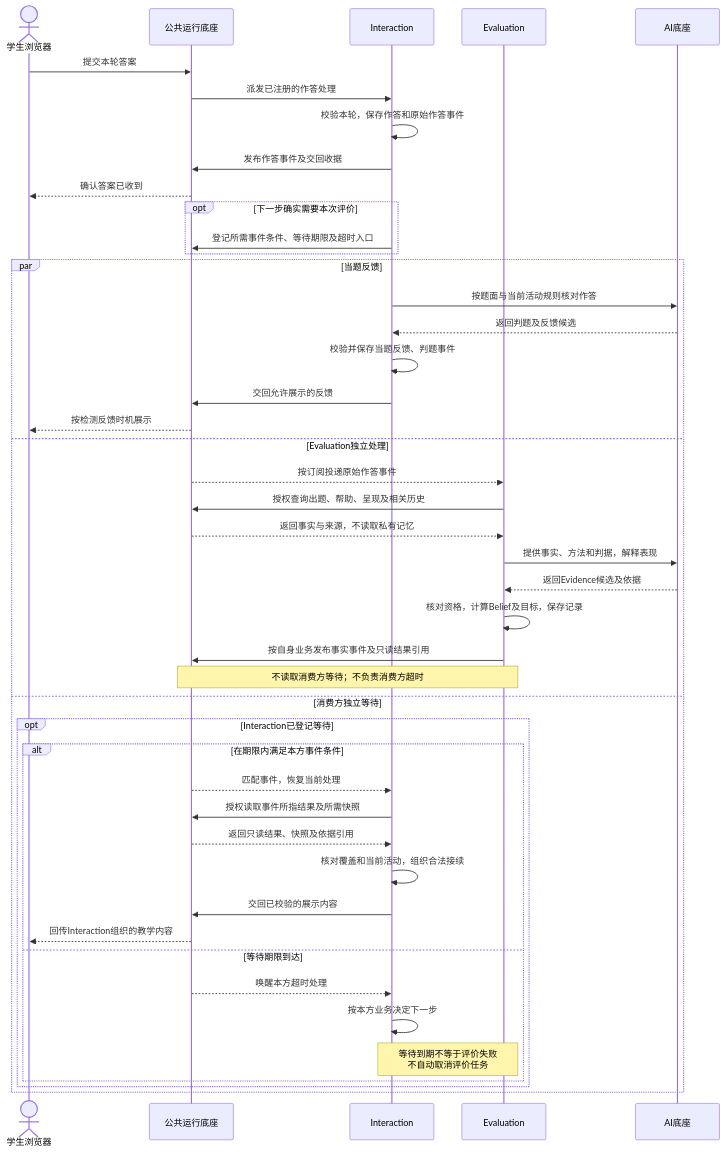
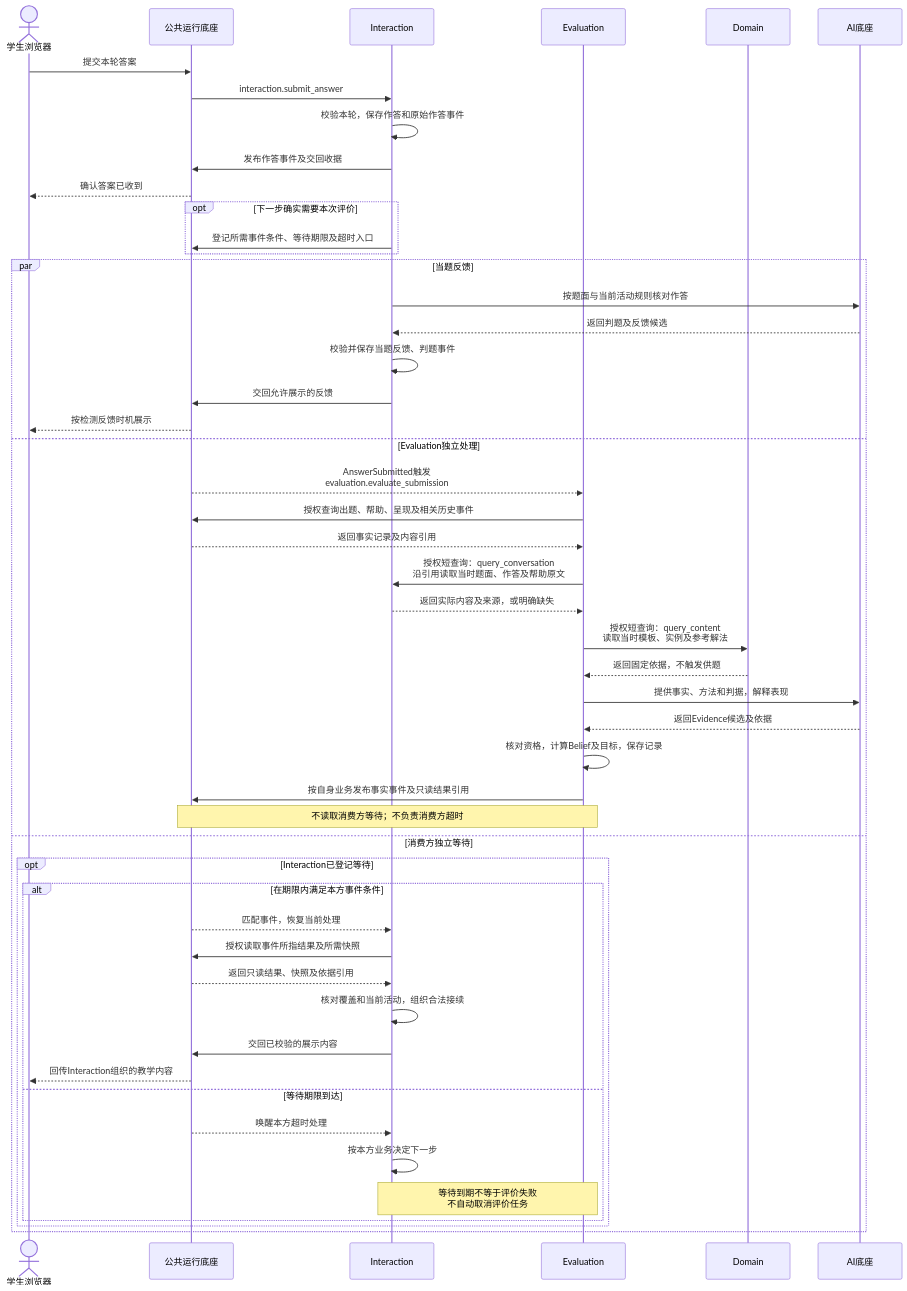
One commit to ivgotcrazy/deermind changed the seventh of 10 diagrams in doc/mvp/m1/engineering/System_Design.md. Above: the diagram before and after it, drawn with Mermaid. The commit also changed other lines of this file and 13 other files, not shown here.

````diff
--- a/doc/mvp/m1/engineering/System_Design.md
+++ b/doc/mvp/m1/engineering/System_Design.md
@@ -392,47 +418,52 @@
 ```mermaid
 sequenceDiagram
   actor S as 学生浏览器
   participant R as 公共运行底座
   participant I as Interaction
   participant E as Evaluation
+  participant D as Domain
   participant AI as AI底座
   S->>R: 提交本轮答案
-  R->>I: 派发已注册的作答处理
+  R->>I: interaction.submit_answer
   I->>I: 校验本轮，保存作答和原始作答事件
   I->>R: 发布作答事件及交回收据
   R-->>S: 确认答案已收到
   opt 下一步确实需要本次评价
     I->>R: 登记所需事件条件、等待期限及超时入口
   end
   par 当题反馈
     I->>AI: 按题面与当前活动规则核对作答
     AI-->>I: 返回判题及反馈候选
     I->>I: 校验并保存当题反馈、判题事件
     I->>R: 交回允许展示的反馈
     R-->>S: 按检测反馈时机展示
   and Evaluation独立处理
-    R-->>E: 按订阅投递原始作答事件
-    E->>R: 授权查询出题、帮助、呈现及相关历史
-    R-->>E: 返回事实与来源，不读取私有记忆
+    R-->>E: AnswerSubmitted触发<br/>evaluation.evaluate_submission
+    E->>R: 授权查询出题、帮助、呈现及相关历史事件
+    R-->>E: 返回事实记录及内容引用
+    E->>I: 授权短查询：query_conversation<br/>沿引用读取当时题面、作答及帮助原文
+    I-->>E: 返回实际内容及来源，或明确缺失
+    E->>D: 授权短查询：query_content<br/>读取当时模板、实例及参考解法
+    D-->>E: 返回固定依据，不触发供题
     E->>AI: 提供事实、方法和判据，解释表现
     AI-->>E: 返回Evidence候选及依据
     E->>E: 核对资格，计算Belief及目标，保存记录
     E->>R: 按自身业务发布事实事件及只读结果引用
     Note over E,R: 不读取消费方等待；不负责消费方超时
   and 消费方独立等待
     opt Interaction已登记等待
       alt 在期限内满足本方事件条件
         R-->>I: 匹配事件，恢复当前处理
         I->>R: 授权读取事件所指结果及所需快照
         R-->>I: 返回只读结果、快照及依据引用
         I->>I: 核对覆盖和当前活动，组织合法接续
         I->>R: 交回已校验的展示内容
         R-->>S: 回传Interaction组织的教学内容
       else 等待期限到达
         R-->>I: 唤醒本方超时处理
         I->>I: 按本方业务决定下一步
         Note over I,E: 等待到期不等于评价失败<br/>不自动取消评价任务
       end
     end
   end
 ```
````
